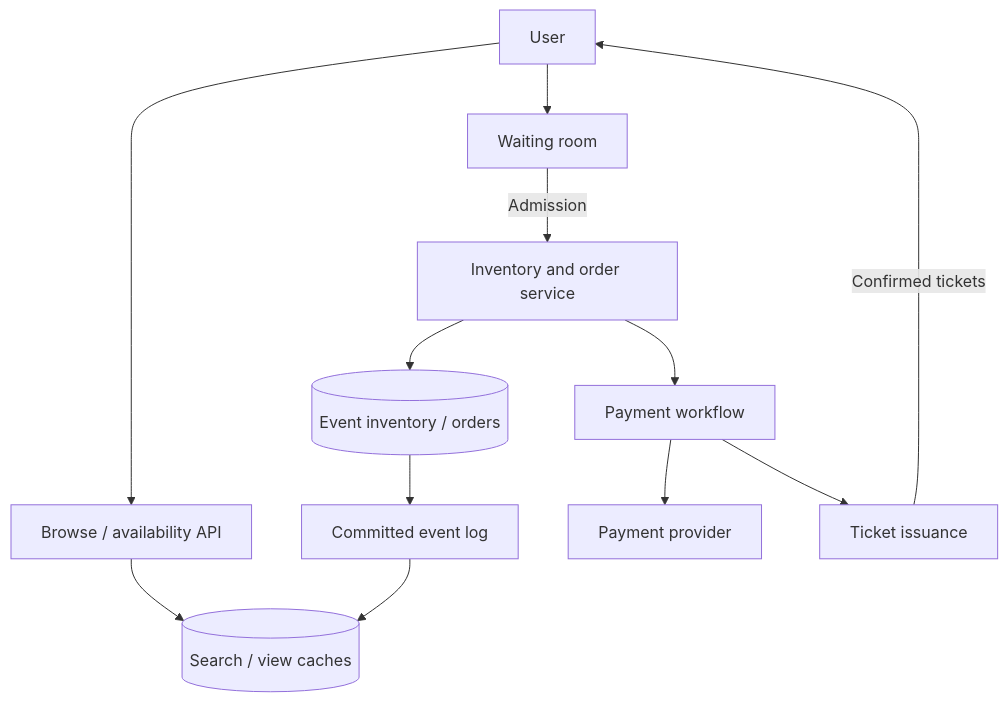
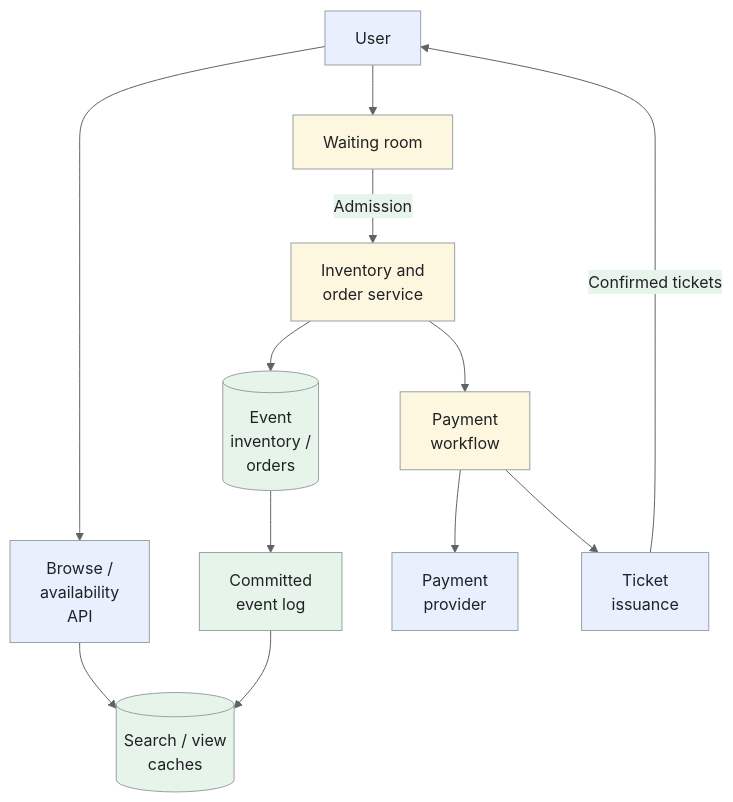
The first of 5 diagrams in _designs/system-design-ticketmaster.md (iliazlobin/iliazlobin.github.io), drawn with Mermaid before and after one commit. The commit also changed other lines of this file and 131 other files, not shown here.

````diff
--- a/_designs/system-design-ticketmaster.md
+++ b/_designs/system-design-ticketmaster.md
@@ -151,14 +169,22 @@
 ```mermaid
+%%{init: {"theme":"base","themeVariables":{"primaryColor":"#e8f0fe","primaryBorderColor":"#9aa0a6","primaryTextColor":"#202124","secondaryColor":"#e6f4ea","tertiaryColor":"#fef7e0","lineColor":"#5f6368","actorBkg":"#e8f0fe","actorBorder":"#9aa0a6","actorTextColor":"#202124","noteBkgColor":"#fef7e0","noteBorderColor":"#9aa0a6","noteTextColor":"#202124","signalColor":"#5f6368","signalTextColor":"#202124"}}}%%
 flowchart TB
-  U[User] --> B[Browse / availability API]
+  U[User] --> B["Browse /<br>availability<br>API"]
   U --> W[Waiting room]
-  B --> C[(Search / view caches)]
-  W -->|Admission| I[Inventory and order service]
-  I --> DB[(Event inventory / orders)]
-  DB --> Q[Committed event log]
+  B --> C[("Search / view<br>caches")]
+  W -->|Admission| I["Inventory and<br>order service"]
+  I --> DB[("Event<br>inventory /<br>orders")]
+  DB --> Q["Committed<br>event log"]
   Q --> C
-  I --> P[Payment workflow]
-  P --> X[Payment provider]
-  P --> T[Ticket issuance]
+  I --> P["Payment<br>workflow"]
+  P --> X["Payment<br>provider"]
+  P --> T["Ticket<br>issuance"]
   T -->|Confirmed tickets| U
+classDef request fill:#e8f0fe,stroke:#9aa0a6,color:#202124;
+classDef data fill:#e6f4ea,stroke:#9aa0a6,color:#202124;
+classDef control fill:#fef7e0,stroke:#9aa0a6,color:#202124;
+class U,B,X,T request;
+class C,DB,Q data;
+class W,I,P control;
+
 ```
````
